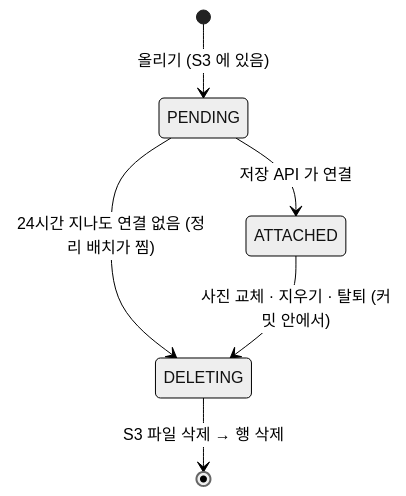
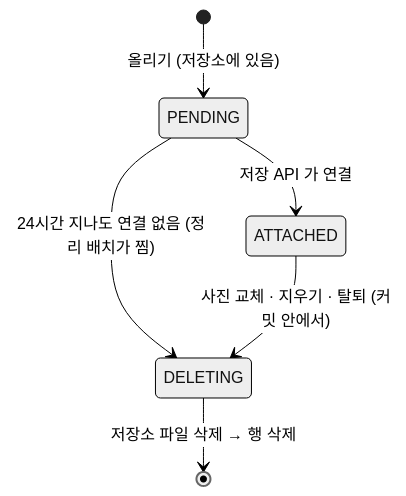
One commit to StudyClub-PlusPlus/studyclub-engineering changed the diagram in docs/erd/STORAGE_OBJECT.md. Above: the diagram before and after it, drawn with Mermaid (neutral theme). The commit also changed other lines of this file and 3 other files, not shown here.

````diff
--- a/docs/erd/STORAGE_OBJECT.md
+++ b/docs/erd/STORAGE_OBJECT.md
@@ -28,8 +29,8 @@
 ```mermaid
 stateDiagram-v2
-    [*] --> PENDING : 올리기 (S3 에 있음)
+    [*] --> PENDING : 올리기 (저장소에 있음)
     PENDING --> ATTACHED : 저장 API 가 연결
     PENDING --> DELETING : 24시간 지나도 연결 없음 (정리 배치가 찜)
     ATTACHED --> DELETING : 사진 교체 · 지우기 · 탈퇴 (커밋 안에서)
-    DELETING --> [*] : S3 파일 삭제 → 행 삭제
+    DELETING --> [*] : 저장소 파일 삭제 → 행 삭제
 ```
````
